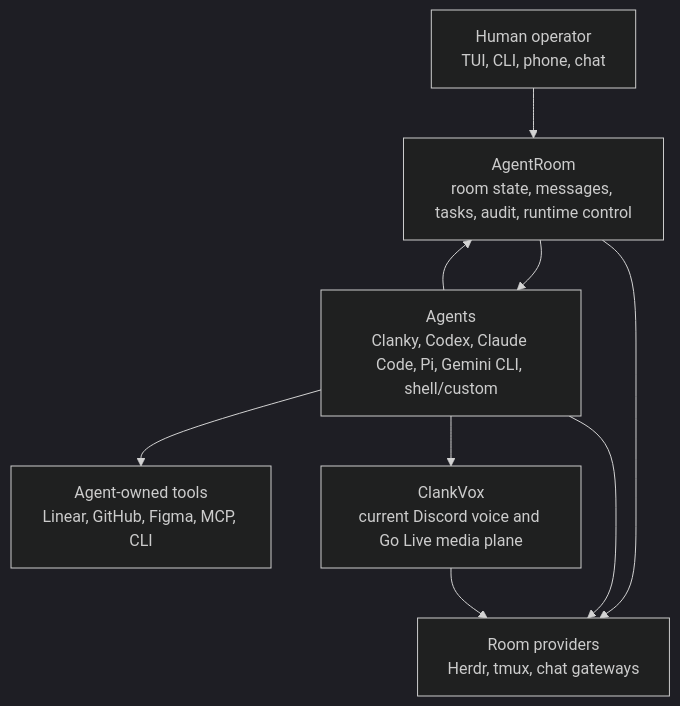
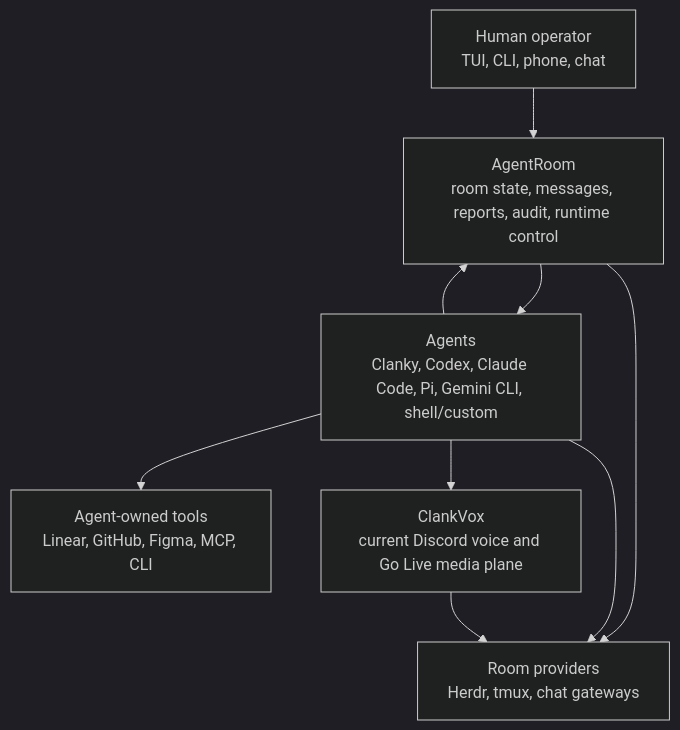
Before and after one commit to Volpestyle/agent-room: the first of 3 diagrams in docs/ECOSYSTEM.md, drawn with Mermaid (dark theme). The commit also changed other lines of this file and 41 other files, not shown here.

````diff
--- a/docs/ECOSYSTEM.md
+++ b/docs/ECOSYSTEM.md
@@ -75,18 +75,18 @@
 ```mermaid
 flowchart TB
   user["Human operator<br/>TUI, CLI, phone, chat"]
-  room["AgentRoom<br/>room state, messages, tasks, audit, runtime control"]
+  room["AgentRoom<br/>room state, messages, reports, audit, runtime control"]
   agents["Agents<br/>Clanky, Codex, Claude Code, Pi, Gemini CLI, shell/custom"]
   providers["Room providers<br/>Herdr, tmux, chat gateways"]
   external["Agent-owned tools<br/>Linear, GitHub, Figma, MCP, CLI"]
   media["ClankVox<br/>current Discord voice and Go Live media plane"]
 
   user --> room
   room --> agents
   agents --> room
   room --> providers
   agents --> providers
   agents --> external
   agents --> media
   media --> providers
 ```
````
